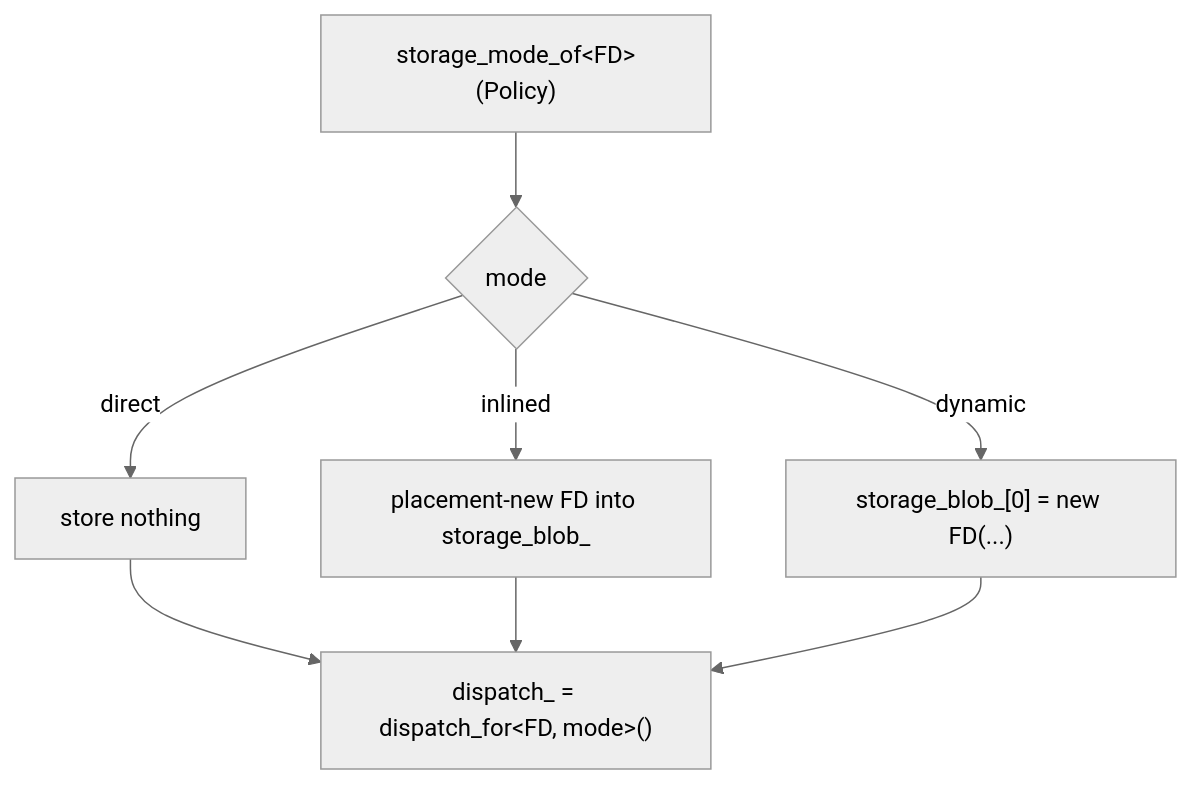
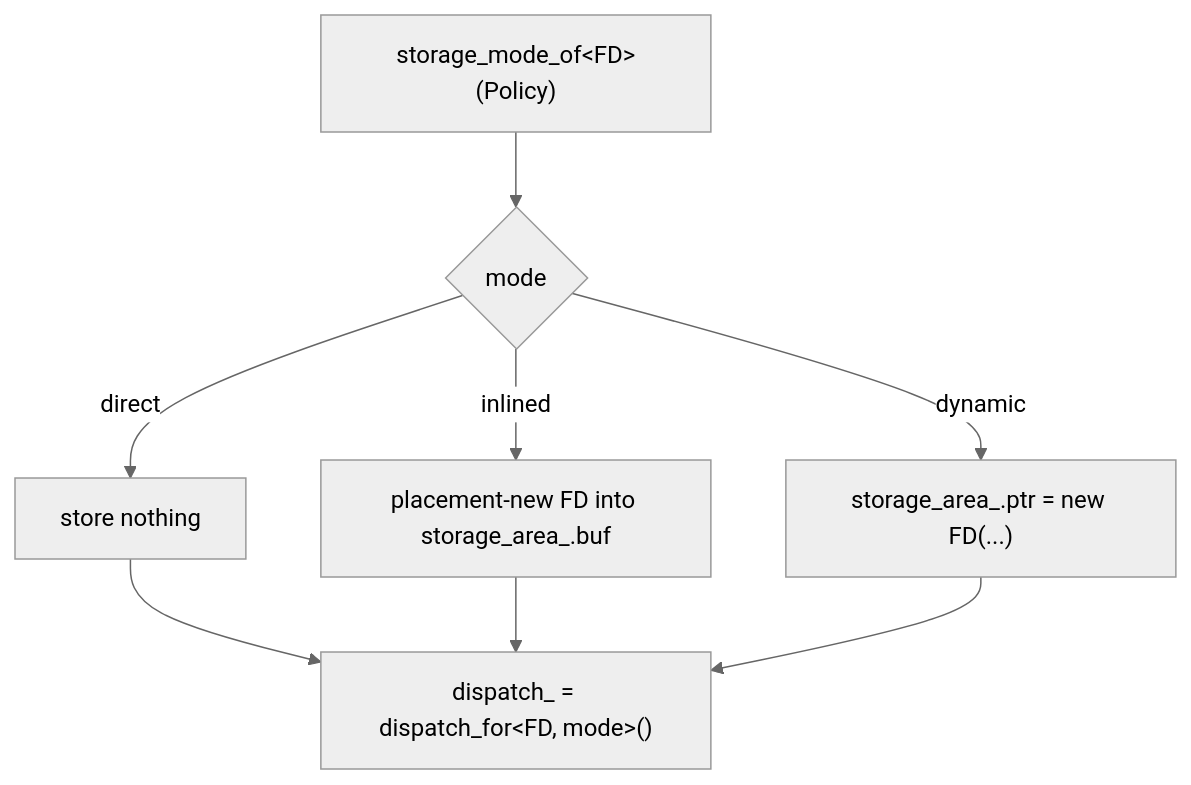
Before and after one commit to stevensudit/Corvid: the second of 3 diagrams in corvid/meta/flexi_function.md, drawn with Mermaid (neutral theme). The commit also changed other lines of this file and 7 other files, not shown here.

````diff
--- a/corvid/meta/flexi_function.md
+++ b/corvid/meta/flexi_function.md
@@ -301,10 +301,10 @@
 ```mermaid
 flowchart TD
     s["storage_mode_of&lt;FD&gt;(Policy)"] --> m{mode}
     m -->|direct| d["store nothing"]
-    m -->|inlined| i["placement-new FD into storage_blob_"]
-    m -->|dynamic| h["storage_blob_[0] = new FD(...)"]
+    m -->|inlined| i["placement-new FD into storage_area_.buf"]
+    m -->|dynamic| h["storage_area_.ptr = new FD(...)"]
     d --> p["dispatch_ = dispatch_for&lt;FD, mode&gt;()"]
     i --> p
     h --> p
 ```
````
